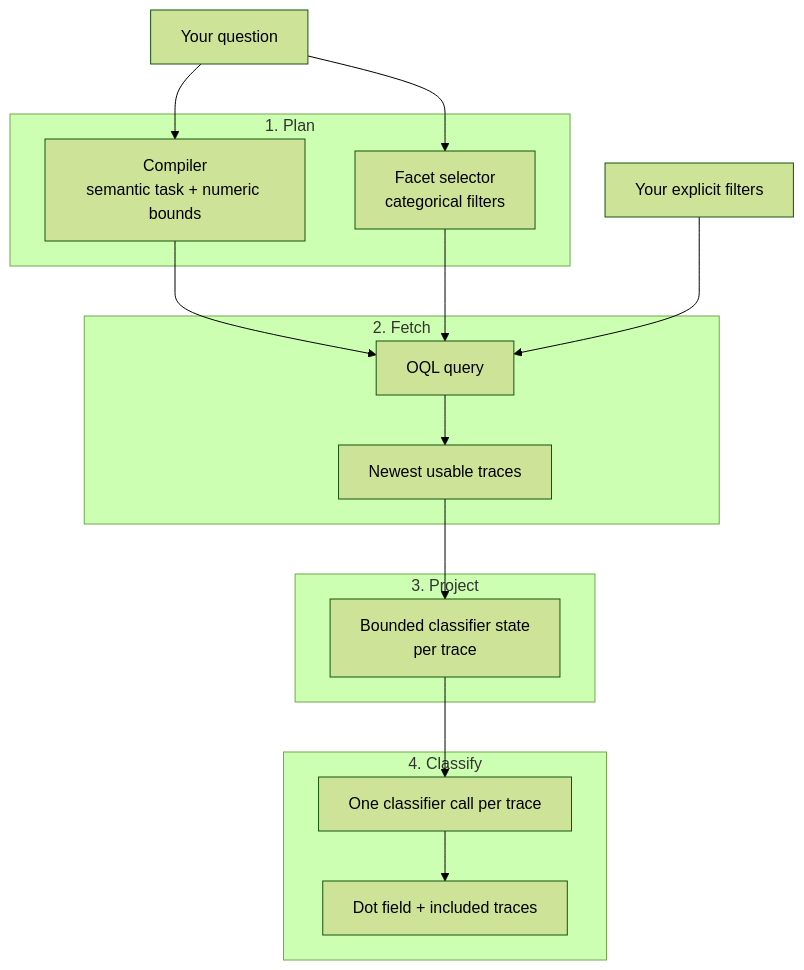
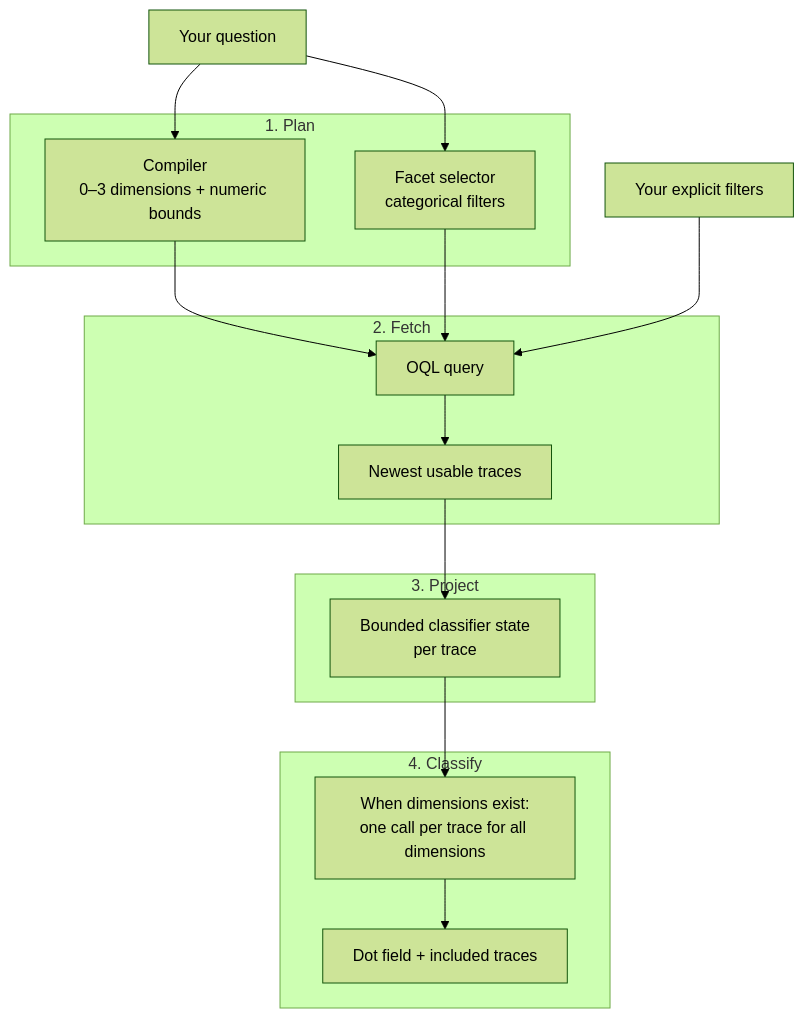
One commit to orq-ai/evaluatorq changed the diagram in docs/trace-finder.md. Above: the diagram before and after it, drawn with Mermaid (forest theme). The commit also changed other lines of this file and 82 other files, not shown here.

````diff
--- a/docs/trace-finder.md
+++ b/docs/trace-finder.md
@@ -31,25 +82,25 @@
 ```mermaid
 flowchart TD
     Q["Your question"]
     subgraph plan ["1. Plan"]
-        C["Compiler<br/>semantic task + numeric bounds"]
+        C["Compiler<br/>0–3 dimensions + numeric bounds"]
         F["Facet selector<br/>categorical filters"]
     end
     U["Your explicit filters"]
     subgraph fetch ["2. Fetch"]
         O["OQL query"] --> P["Newest usable traces"]
     end
     subgraph project ["3. Project"]
         J["Bounded classifier state<br/>per trace"]
     end
     subgraph classify ["4. Classify"]
-        K["One classifier call per trace"] --> R["Dot field + included traces"]
+        K["When dimensions exist:<br/>one call per trace for all dimensions"] --> R["Dot field + included traces"]
     end
     Q --> C
     Q --> F
     C --> O
     F --> O
     U --> O
     P --> J
     J --> K
 ```
````
